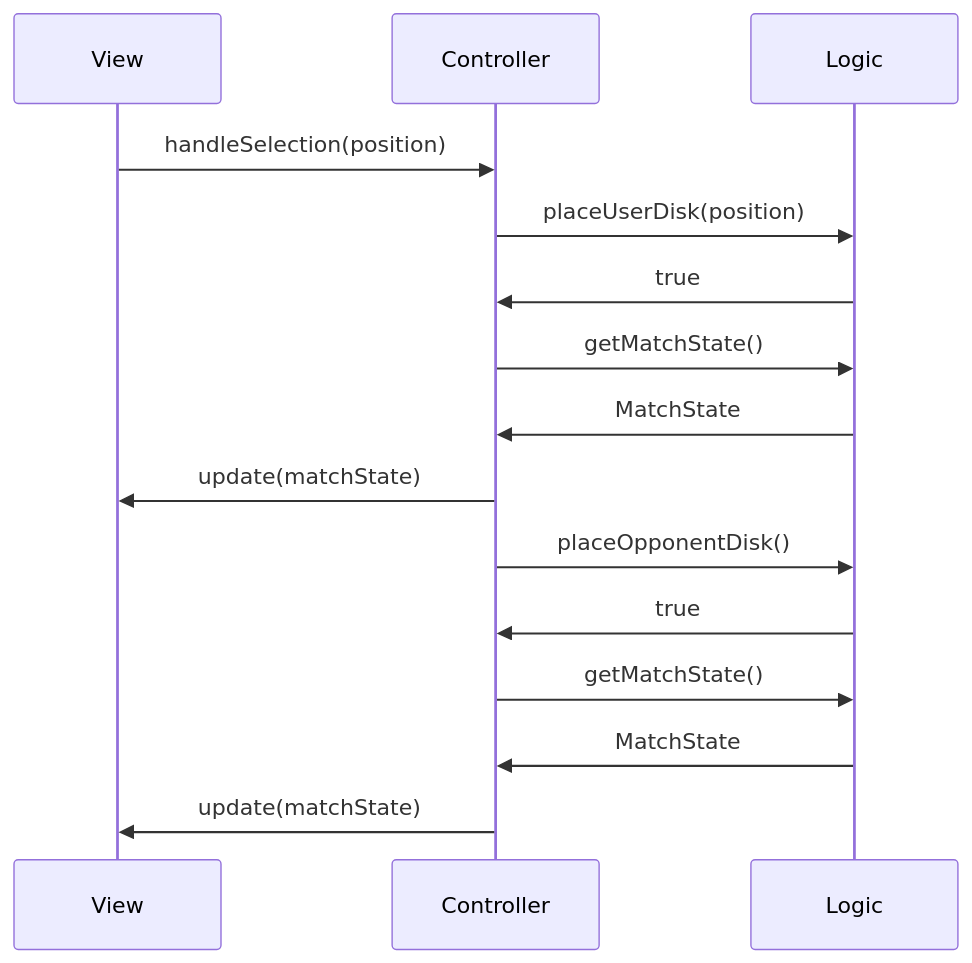
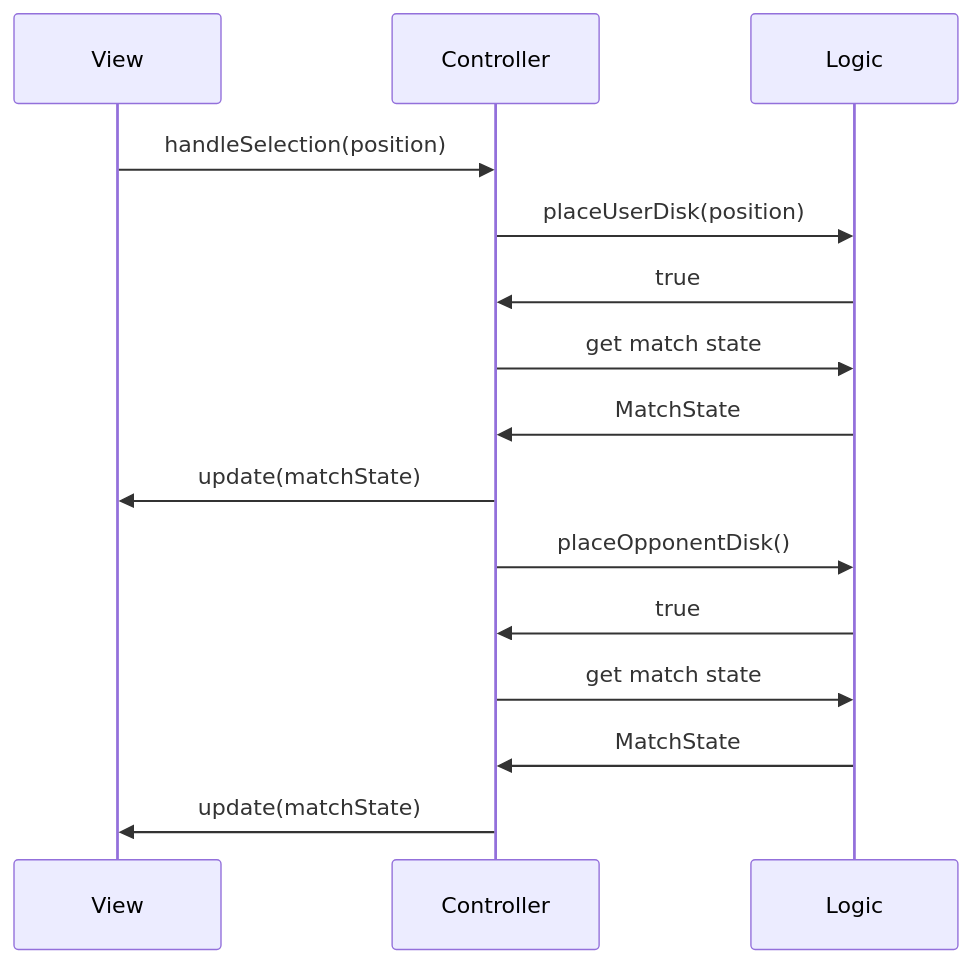
The third of 3 diagrams in docs/report/4-architectural-design.md (Borgotto/PPS-25-scalatello), drawn with Mermaid before and after one commit. The commit also changed other lines of this file and 2 other files, not shown here.

````diff
--- a/docs/report/4-architectural-design.md
+++ b/docs/report/4-architectural-design.md
@@ -64,14 +150,14 @@
 ```mermaid
 sequenceDiagram
     View->>Controller: handleSelection(position)
     Controller->>Logic: placeUserDisk(position)
     Logic->>Controller: true
-    Controller->>Logic: getMatchState()
+    Controller->>Logic: get match state
     Logic->>Controller: MatchState
     Controller->>View: update(matchState)
     Controller->>Logic: placeOpponentDisk()
     Logic->>Controller: true
-    Controller->>Logic: getMatchState()
+    Controller->>Logic: get match state
     Logic->>Controller: MatchState
     Controller->>View: update(matchState)
 ```
````
